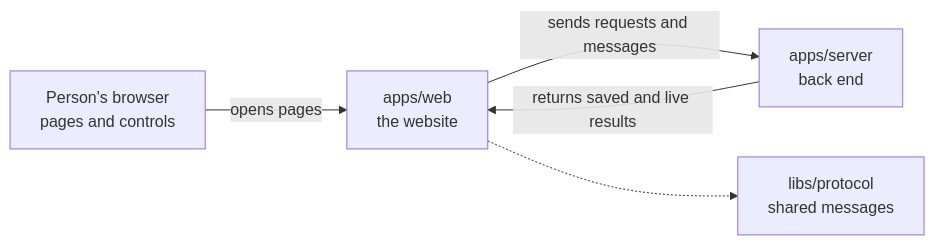
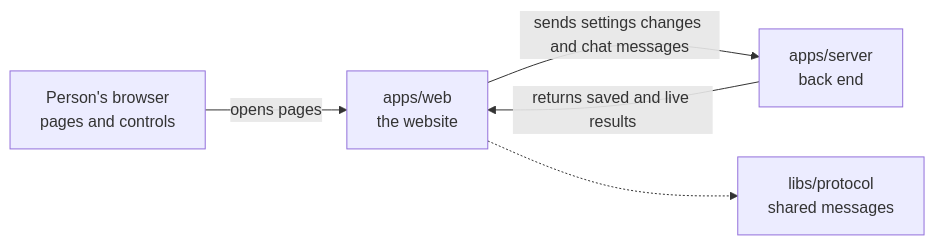
Before and after one commit to elewa-git/opencrane-new: the diagram in apps/web/README.md, drawn with Mermaid. The commit also changed other lines of this file and 27 other files, not shown here.

````diff
--- a/apps/web/README.md
+++ b/apps/web/README.md
@@ -17,7 +17,7 @@
 ```mermaid
 flowchart LR
   browser["Person's browser<br/>pages and controls"] -->|opens pages| web["apps/web<br/>the website"]
-  web -->|sends requests and messages| server["apps/server<br/>back end"]
+  web -->|sends settings changes and chat messages| server["apps/server<br/>back end"]
   server -->|returns saved and live results| web
   web -.-> protocol["libs/protocol<br/>shared messages"]
 ```
````
